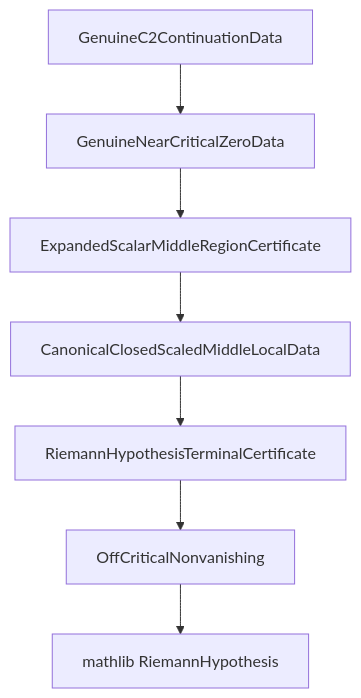
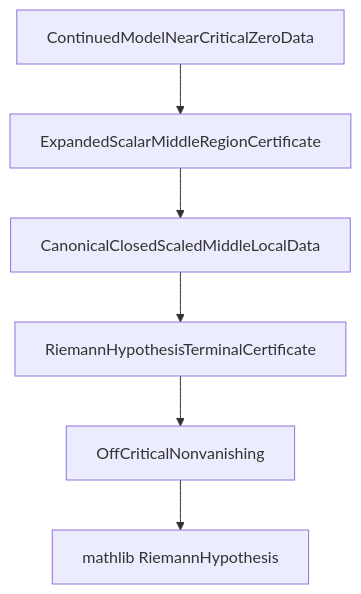
One commit to thiagomassensini/dyadic_geometry_zeta_fuction changed the diagram in docs/MAIN_ROUTE_MAP.md. Above: the diagram before and after it, drawn with Mermaid. The commit also changed other lines of this file and 16 other files, not shown here.

````diff
--- a/docs/MAIN_ROUTE_MAP.md
+++ b/docs/MAIN_ROUTE_MAP.md
@@ -48,9 +48,8 @@
 ```mermaid
 graph TD
-  A[GenuineC2ContinuationData] --> B[GenuineNearCriticalZeroData]
-  B --> C[ExpandedScalarMiddleRegionCertificate]
+  A[ContinuedModelNearCriticalZeroData] --> C[ExpandedScalarMiddleRegionCertificate]
   C --> D[CanonicalClosedScaledMiddleLocalData]
   D --> E[RiemannHypothesisTerminalCertificate]
   E --> F[OffCriticalNonvanishing]
   F --> G[mathlib RiemannHypothesis]
 ```
````
